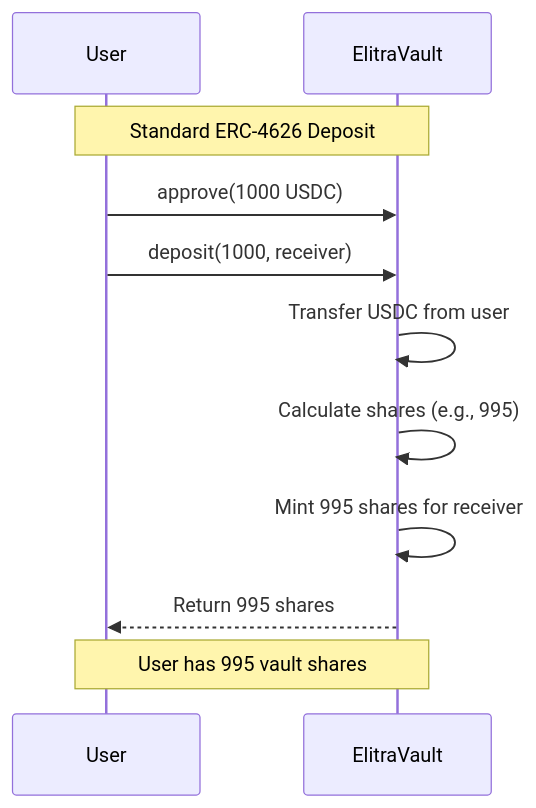
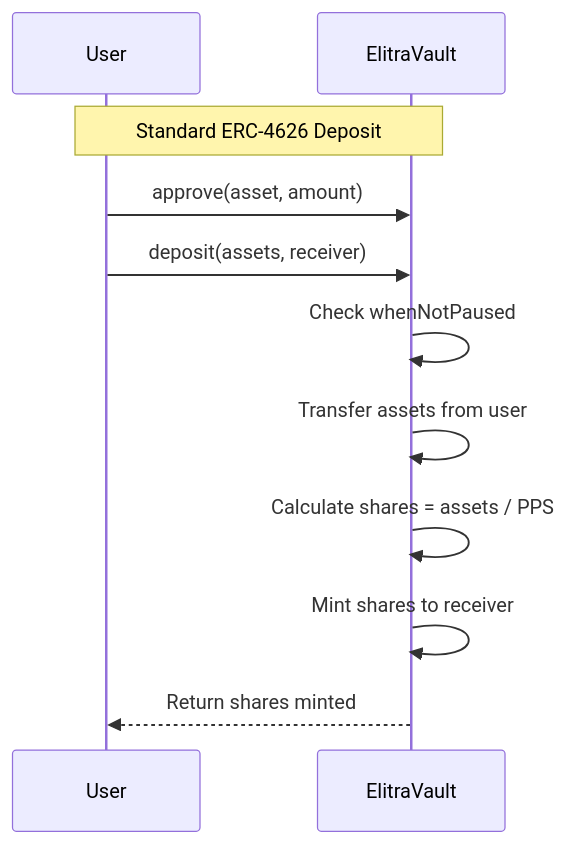
One commit to elitraOS/elitra-core changed the seventh of 14 diagrams in README.md. Above: the diagram before and after it, drawn with Mermaid. The commit also changed other lines of this file and 5 other files, not shown here.

````diff
--- a/README.md
+++ b/README.md
@@ -58,18 +263,17 @@
 ```mermaid
 sequenceDiagram
     participant User
     participant Vault as ElitraVault
 
     Note over User,Vault: Standard ERC-4626 Deposit
 
-    User->>Vault: approve(1000 USDC)
-    User->>Vault: deposit(1000, receiver)
+    User->>Vault: approve(asset, amount)
+    User->>Vault: deposit(assets, receiver)
 
-    Vault->>Vault: Transfer USDC from user
-    Vault->>Vault: Calculate shares (e.g., 995)
-    Vault->>Vault: Mint 995 shares for receiver
+    Vault->>Vault: Check whenNotPaused
+    Vault->>Vault: Transfer assets from user
+    Vault->>Vault: Calculate shares = assets / PPS
+    Vault->>Vault: Mint shares to receiver
 
-    Vault-->>User: Return 995 shares
-
-    Note over User,Vault: User has 995 vault shares
+    Vault-->>User: Return shares minted
 ```
````
